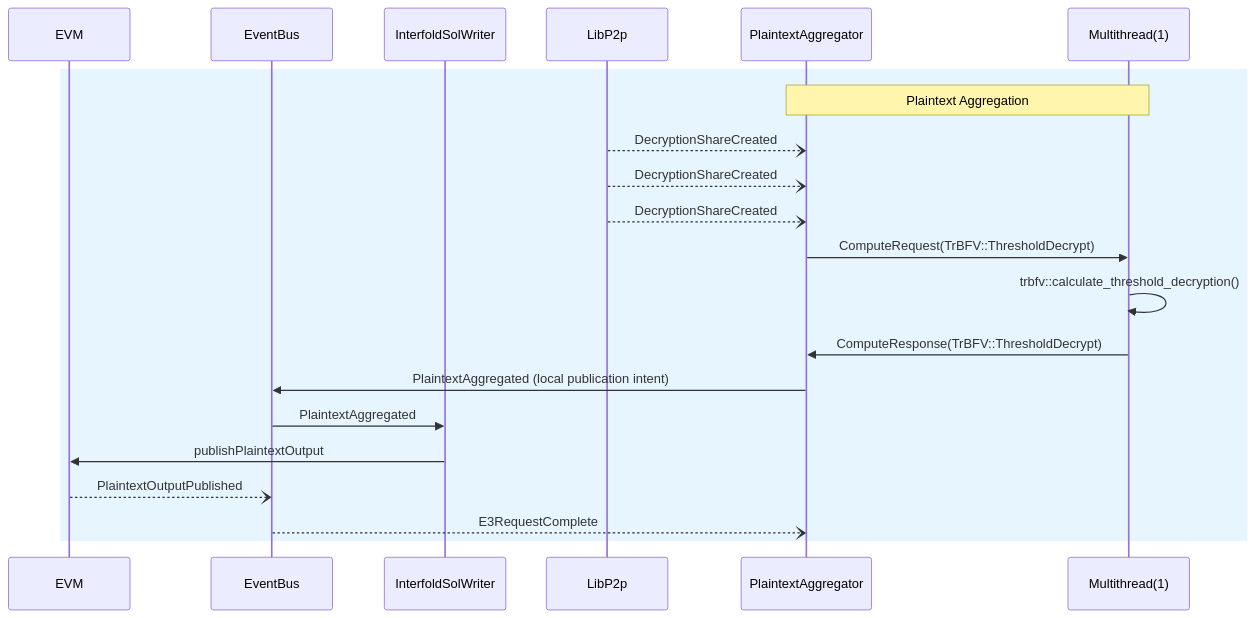
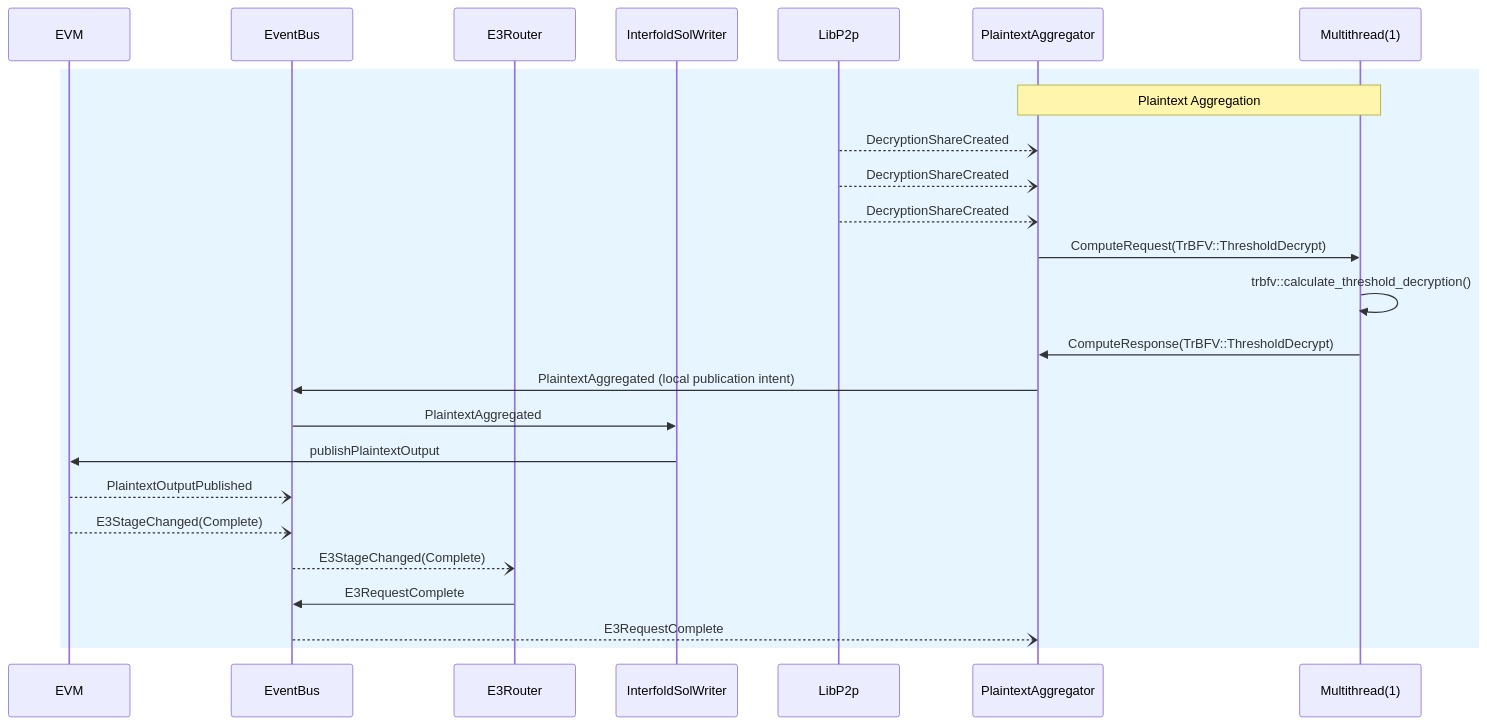
One commit to gnosisguild/interfold changed the diagram in crates/keyshare/plaintext_aggregation.mmd. Above: the diagram before and after it, drawn with Mermaid. The commit also changed other lines of this file and 26 other files, not shown here.

```diff
--- a/crates/keyshare/plaintext_aggregation.mmd
+++ b/crates/keyshare/plaintext_aggregation.mmd
@@ -1,23 +1,27 @@
 sequenceDiagram
   participant E as EVM
   participant B as EventBus
+  participant R as E3Router
   participant W as InterfoldSolWriter
   participant L as LibP2p
   participant P as PlaintextAggregator
   participant M as Multithread(1)
 
   rect rgb(230, 245, 255)
     Note over P, M: Plaintext Aggregation
     L --) P: DecryptionShareCreated
     L --) P: DecryptionShareCreated
     L --) P: DecryptionShareCreated
     P ->> M: ComputeRequest(TrBFV::ThresholdDecrypt)
     M ->> M: trbfv::calculate_threshold_decryption()
     M ->> P: ComputeResponse(TrBFV::ThresholdDecrypt)
     P ->> B: PlaintextAggregated (local publication intent)
     B ->> W: PlaintextAggregated
     W ->> E: publishPlaintextOutput
     E --) B: PlaintextOutputPublished
+    E --) B: E3StageChanged(Complete)
+    B --) R: E3StageChanged(Complete)
+    R ->> B: E3RequestComplete
     B --) P: E3RequestComplete
   end
   autonumber
```
